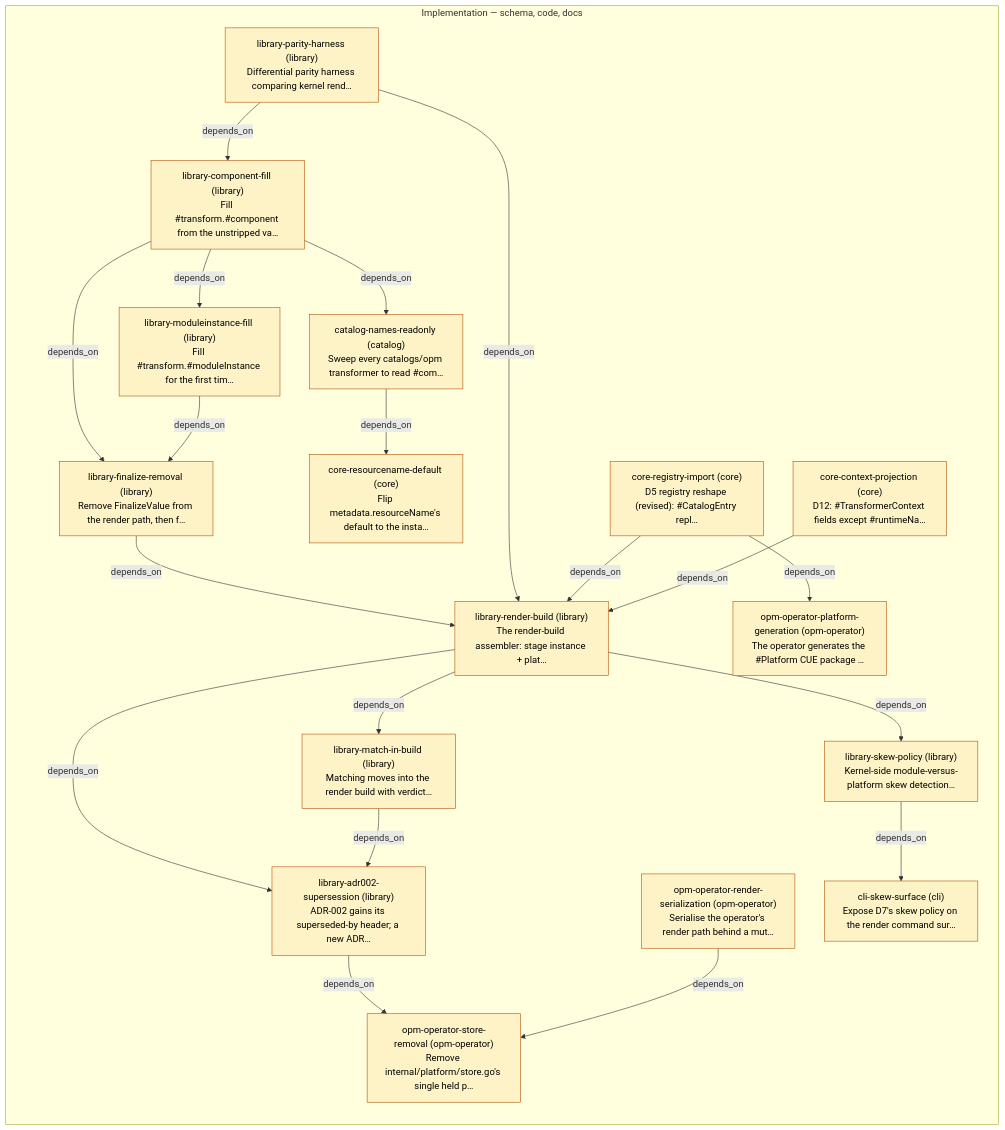
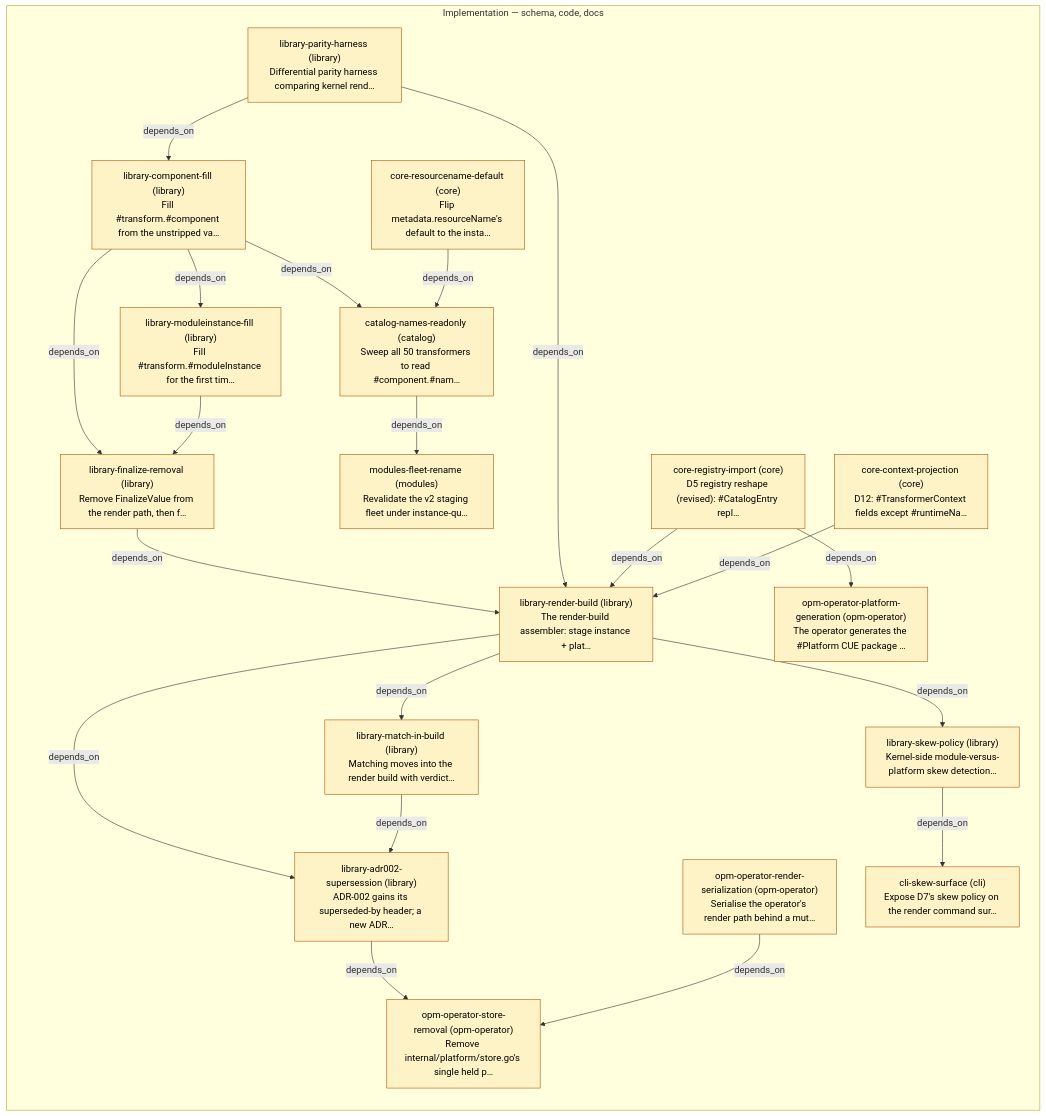
Before and after one commit to open-platform-model/enhancements: the diagram in 0019/PLAN.md, drawn with Mermaid. The commit also changed other lines of this file and 8 other files, not shown here.

````diff
--- a/0019/PLAN.md
+++ b/0019/PLAN.md
@@ -5,46 +5,48 @@
 ```mermaid
 graph LR
   classDef planned     fill:#fef3c7,stroke:#b45309,color:#000
   classDef in_progress fill:#dbeafe,stroke:#1d4ed8,color:#000
   classDef done        fill:#dcfce7,stroke:#15803d,color:#000
   classDef cancelled   fill:#e5e7eb,stroke:#6b7280,color:#6b7280
   classDef other       fill:#fafafa,stroke:#9ca3af,color:#6b7280,stroke-dasharray:3 3
 
   subgraph PHASE_IMPL["Implementation — schema, code, docs"]
     S_library-parity-harness["library-parity-harness (library)\nDifferential parity harness comparing kernel rend…"]:::planned
     S_library-component-fill["library-component-fill (library)\nFill #transform.#component from the unstripped va…"]:::planned
     S_library-moduleinstance-fill["library-moduleinstance-fill (library)\nFill #transform.#moduleInstance for the first tim…"]:::planned
     S_library-finalize-removal["library-finalize-removal (library)\nRemove FinalizeValue from the render path, then f…"]:::planned
-    S_catalog-names-readonly["catalog-names-readonly (catalog)\nSweep every catalogs/opm transformer to read #com…"]:::planned
     S_core-resourcename-default["core-resourcename-default (core)\nFlip metadata.resourceName's default to the insta…"]:::planned
+    S_catalog-names-readonly["catalog-names-readonly (catalog)\nSweep all 50 transformers to read #component.#nam…"]:::planned
+    S_modules-fleet-rename["modules-fleet-rename (modules)\nRevalidate the v2 staging fleet under instance-qu…"]:::planned
     S_opm-operator-render-serialization["opm-operator-render-serialization (opm-operator)\nSerialise the operator's render path behind a mut…"]:::planned
     S_core-registry-import["core-registry-import (core)\nD5 registry reshape (revised): #CatalogEntry repl…"]:::planned
     S_core-context-projection["core-context-projection (core)\nD12: #TransformerContext fields except #runtimeNa…"]:::planned
     S_library-render-build["library-render-build (library)\nThe render-build assembler: stage instance + plat…"]:::planned
     S_library-match-in-build["library-match-in-build (library)\nMatching moves into the render build with verdict…"]:::planned
     S_library-skew-policy["library-skew-policy (library)\nKernel-side module-versus-platform skew detection…"]:::planned
     S_library-adr002-supersession["library-adr002-supersession (library)\nADR-002 gains its superseded-by header; a new ADR…"]:::planned
     S_opm-operator-store-removal["opm-operator-store-removal (opm-operator)\nRemove internal/platform/store.go's single held p…"]:::planned
     S_opm-operator-platform-generation["opm-operator-platform-generation (opm-operator)\nThe operator generates the #Platform CUE package …"]:::planned
     S_cli-skew-surface["cli-skew-surface (cli)\nExpose D7's skew policy on the render command sur…"]:::planned
   end
 
   S_library-parity-harness -->|depends_on| S_library-component-fill
   S_library-component-fill -->|depends_on| S_library-moduleinstance-fill
   S_library-component-fill -->|depends_on| S_library-finalize-removal
   S_library-moduleinstance-fill -->|depends_on| S_library-finalize-removal
   S_library-component-fill -->|depends_on| S_catalog-names-readonly
-  S_catalog-names-readonly -->|depends_on| S_core-resourcename-default
+  S_core-resourcename-default -->|depends_on| S_catalog-names-readonly
+  S_catalog-names-readonly -->|depends_on| S_modules-fleet-rename
   S_library-finalize-removal -->|depends_on| S_library-render-build
   S_library-parity-harness -->|depends_on| S_library-render-build
   S_core-registry-import -->|depends_on| S_library-render-build
   S_core-context-projection -->|depends_on| S_library-render-build
   S_library-render-build -->|depends_on| S_library-match-in-build
   S_library-render-build -->|depends_on| S_library-skew-policy
   S_library-render-build -->|depends_on| S_library-adr002-supersession
   S_library-match-in-build -->|depends_on| S_library-adr002-supersession
   S_library-adr002-supersession -->|depends_on| S_opm-operator-store-removal
   S_opm-operator-render-serialization -->|depends_on| S_opm-operator-store-removal
   S_core-registry-import -->|depends_on| S_opm-operator-platform-generation
   S_library-skew-policy -->|depends_on| S_cli-skew-surface
 ```
````
